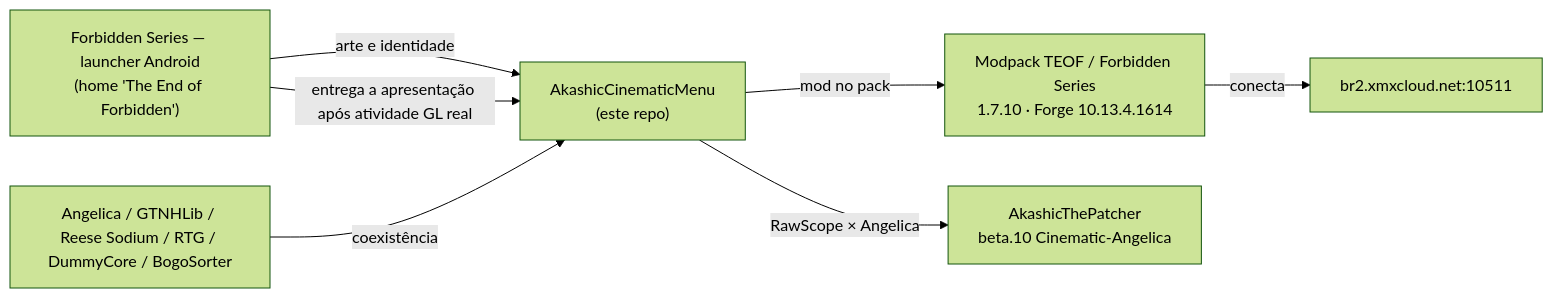
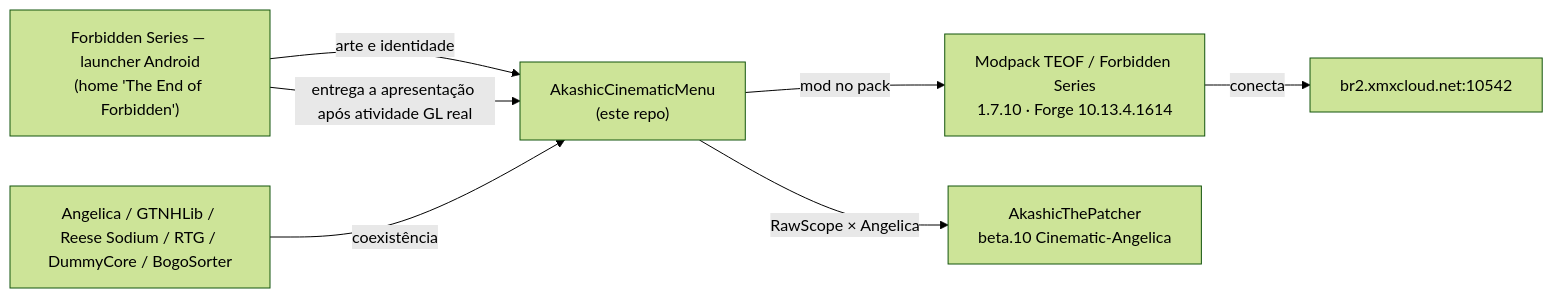
The sixth of 6 diagrams in docs/FLUXOGRAMA.md (Akashiic/AkashicCinematicMenu), drawn with Mermaid (forest theme) before and after one commit. The commit also changed other lines of this file and 16 other files, not shown here.

First line of the commit message:
feat(jogar): servidor br2.xmxcloud.net:10542 (0.7.0-alpha.10)

````diff
--- a/docs/FLUXOGRAMA.md
+++ b/docs/FLUXOGRAMA.md
@@ -114,9 +114,9 @@
 ```mermaid
 flowchart LR
     MOB["Forbidden Series — launcher Android<br/>(home 'The End of Forbidden')"] -- "arte e identidade" --> ACM["AkashicCinematicMenu<br/>(este repo)"]
     ACM -- "mod no pack" --> TEOF["Modpack TEOF / Forbidden Series<br/>1.7.10 · Forge 10.13.4.1614"]
-    TEOF -- "conecta" --> SRV["br2.xmxcloud.net:10511"]
+    TEOF -- "conecta" --> SRV["br2.xmxcloud.net:10542"]
     ACM -- "RawScope × Angelica" --> TP["AkashicThePatcher<br/>beta.10 Cinematic-Angelica"]
     ANG["Angelica / GTNHLib / Reese Sodium / RTG / DummyCore / BogoSorter"] -- "coexistência" --> ACM
     MOB -- "entrega a apresentação após atividade GL real" --> ACM
 ```
````
